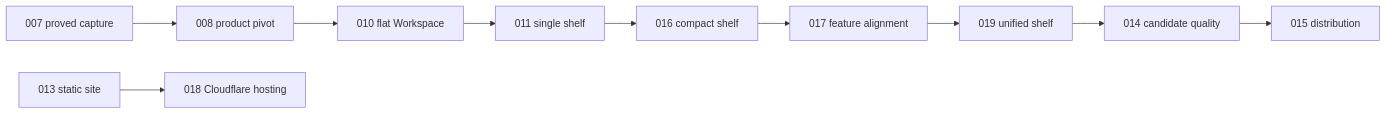
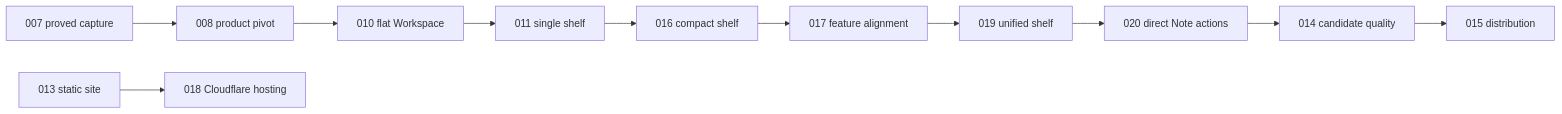
One commit to SimonHazard/Charon changed the diagram in plans/README.md. Above: the diagram before and after it, drawn with Mermaid. The commit also changed other lines of this file and 38 other files, not shown here.

````diff
--- a/plans/README.md
+++ b/plans/README.md
@@ -61,12 +66,13 @@
 ```mermaid
 flowchart LR
   P7["007 proved capture"] --> P8["008 product pivot"]
   P8 --> P10["010 flat Workspace"]
   P10 --> P11["011 single shelf"]
   P11 --> P16["016 compact shelf"]
   P16 --> P17["017 feature alignment"]
   P17 --> P19["019 unified shelf"]
-  P19 --> P14["014 candidate quality"]
+  P19 --> P20["020 direct Note actions"]
+  P20 --> P14["014 candidate quality"]
   P14 --> P15["015 distribution"]
   P13["013 static site"] --> P18["018 Cloudflare hosting"]
 ```
````
